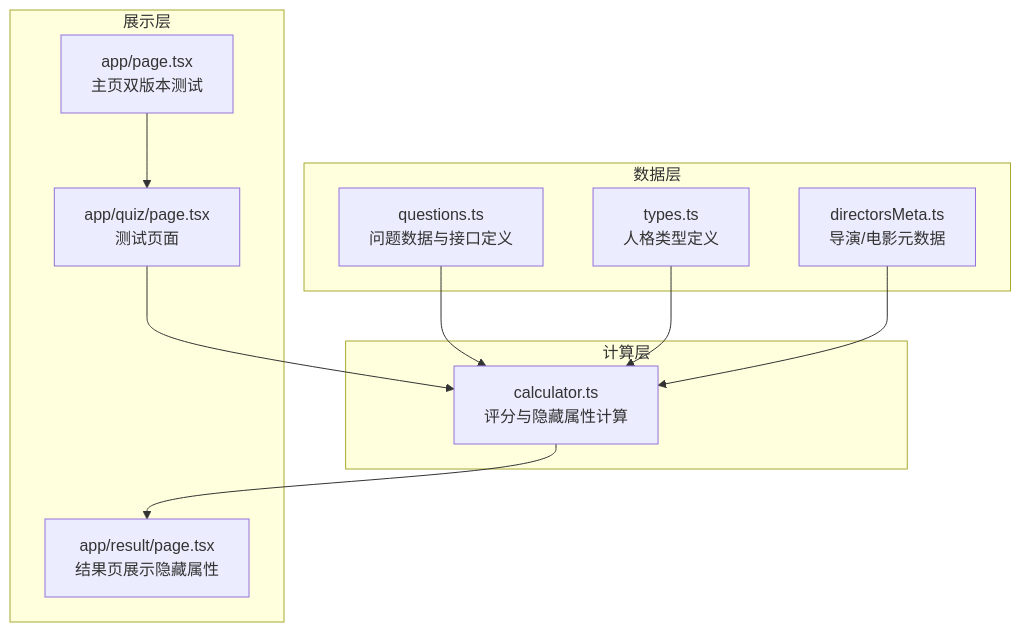
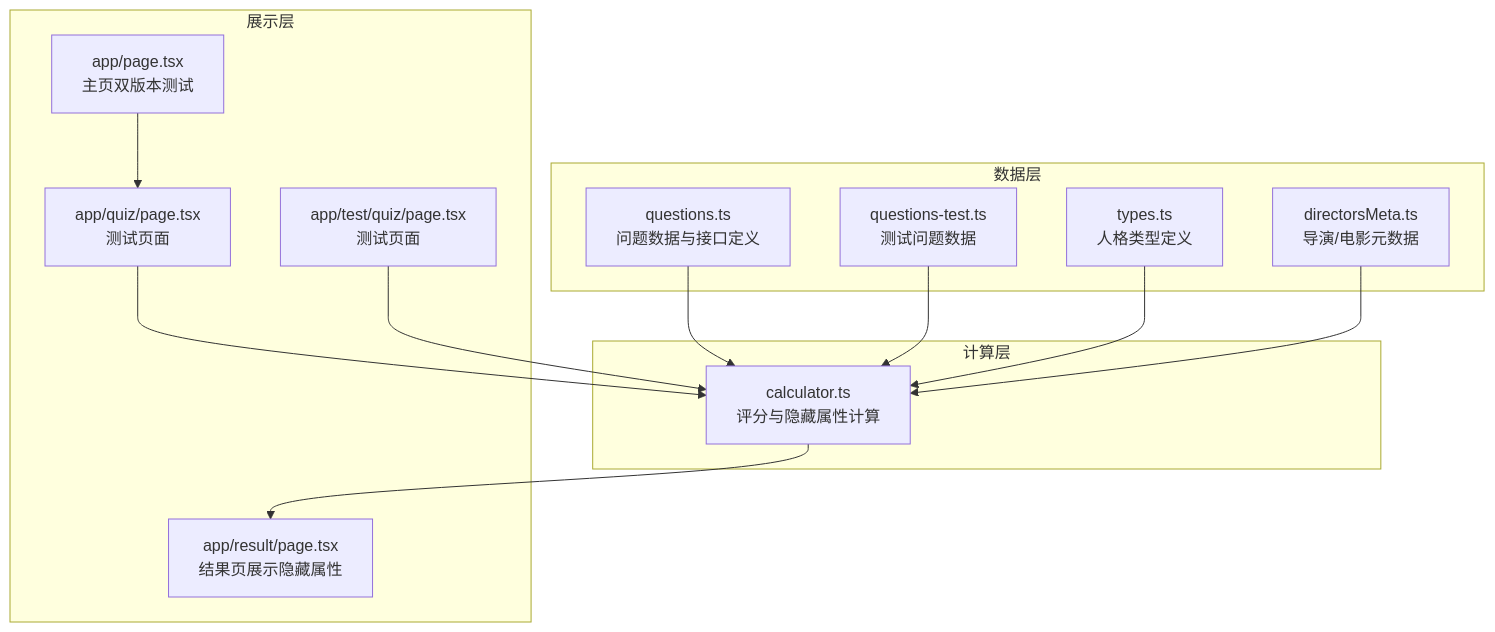
The first of 3 diagrams in .qoder/repowiki/zh/content/数据模型设计/问题数据结构.md (Dragon0412/fbti-app), drawn with Mermaid before and after one commit. The commit also changed other lines of this file and 14 other files, not shown here.

````diff
--- a/.qoder/repowiki/zh/content/数据模型设计/问题数据结构.md
+++ b/.qoder/repowiki/zh/content/数据模型设计/问题数据结构.md
@@ -46,22 +51,26 @@
 ```mermaid
 graph TB
 subgraph "数据层"
 Q["questions.ts<br/>问题数据与接口定义"]
+QT["questions-test.ts<br/>测试问题数据"]
 T["types.ts<br/>人格类型定义"]
 DM["directorsMeta.ts<br/>导演/电影元数据"]
 end
 subgraph "计算层"
 C["calculator.ts<br/>评分与隐藏属性计算"]
 end
 subgraph "展示层"
 R["app/result/page.tsx<br/>结果页展示隐藏属性"]
 QZ["app/quiz/page.tsx<br/>测试页面"]
+TP["app/test/quiz/page.tsx<br/>测试页面"]
 HP["app/page.tsx<br/>主页双版本测试"]
 end
 Q --> C
+QT --> C
 T --> C
 DM --> C
 C --> R
 HP --> QZ
 QZ --> C
+TP --> C
 ```
````
